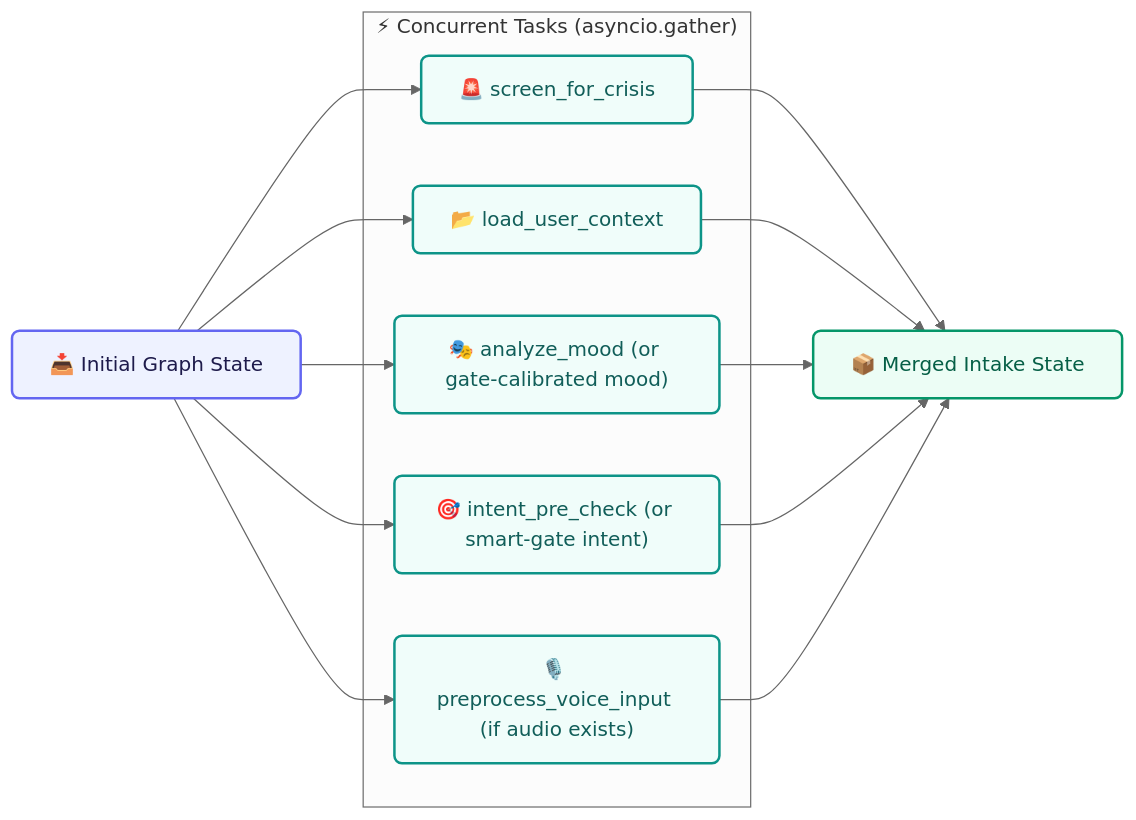
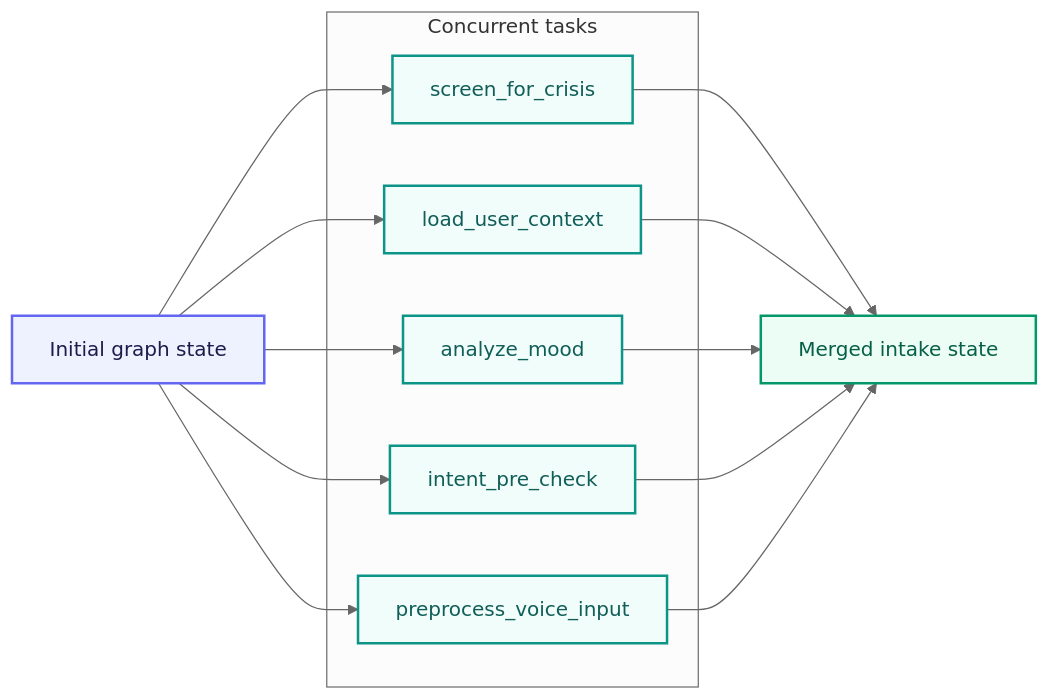
One commit to taha-mehmood-03/Personlaized-Trainer-Using-Agentic-AI changed the sixth of 18 diagrams in README.md. Above: the diagram before and after it, drawn with Mermaid (neutral theme). The commit also changed other lines of this file and 36 other files, not shown here.

````diff
--- a/README.md
+++ b/README.md
@@ -433,30 +575,25 @@
 ```mermaid
 flowchart LR
-    %% Class Definitions
-    classDef state fill:#EEF2FF,stroke:#6366F1,stroke-width:2px,color:#1E1B4B,rx:6px,ry:6px;
-    classDef node fill:#F0FDFA,stroke:#0D9488,stroke-width:2px,color:#115E59,rx:6px,ry:6px;
-    classDef merge fill:#ECFDF5,stroke:#059669,stroke-width:2px,color:#065F46,rx:6px,ry:6px;
+    classDef state fill:#EEF2FF,stroke:#6366F1,stroke-width:2px,color:#1E1B4B
+    classDef node fill:#F0FDFA,stroke:#0D9488,stroke-width:2px,color:#115E59
+    classDef merge fill:#ECFDF5,stroke:#059669,stroke-width:2px,color:#065F46
 
-    State["📥 Initial Graph State"]:::state
-    
-    subgraph ParallelIntake["⚡ Concurrent Tasks (asyncio.gather)"]
-        Crisis["🚨 screen_for_crisis"]:::node
-        Context["📂 load_user_context"]:::node
-        Mood["🎭 analyze_mood (or gate-calibrated mood)"]:::node
-        Intent["🎯 intent_pre_check (or smart-gate intent)"]:::node
-        Voice["🎙️ preprocess_voice_input (if audio exists)"]:::node
+    State["Initial graph state"]:::state
+
+    subgraph Concurrent["Concurrent tasks"]
+        Crisis["screen_for_crisis"]:::node
+        Context["load_user_context"]:::node
+        Mood["analyze_mood"]:::node
+        Intent["intent_pre_check"]:::node
+        Voice["preprocess_voice_input"]:::node
     end
-    
-    Merge["📦 Merged Intake State"]:::merge
 
-    State --> Crisis
-    State --> Context
-    State --> Mood
-    State --> Intent
-    State --> Voice
+    Merge["Merged intake state"]:::merge
+
+    State --> Crisis & Context & Mood & Intent & Voice
     Crisis --> Merge
     Context --> Merge
     Mood --> Merge
     Intent --> Merge
     Voice --> Merge
 ```
````
